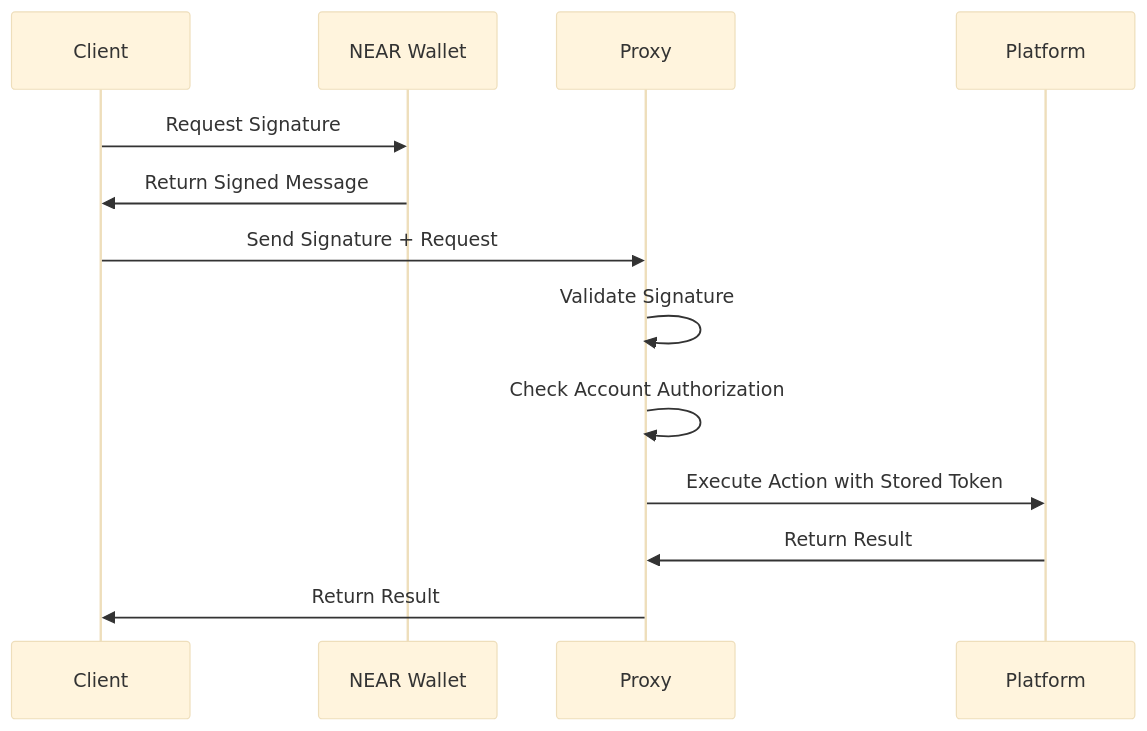
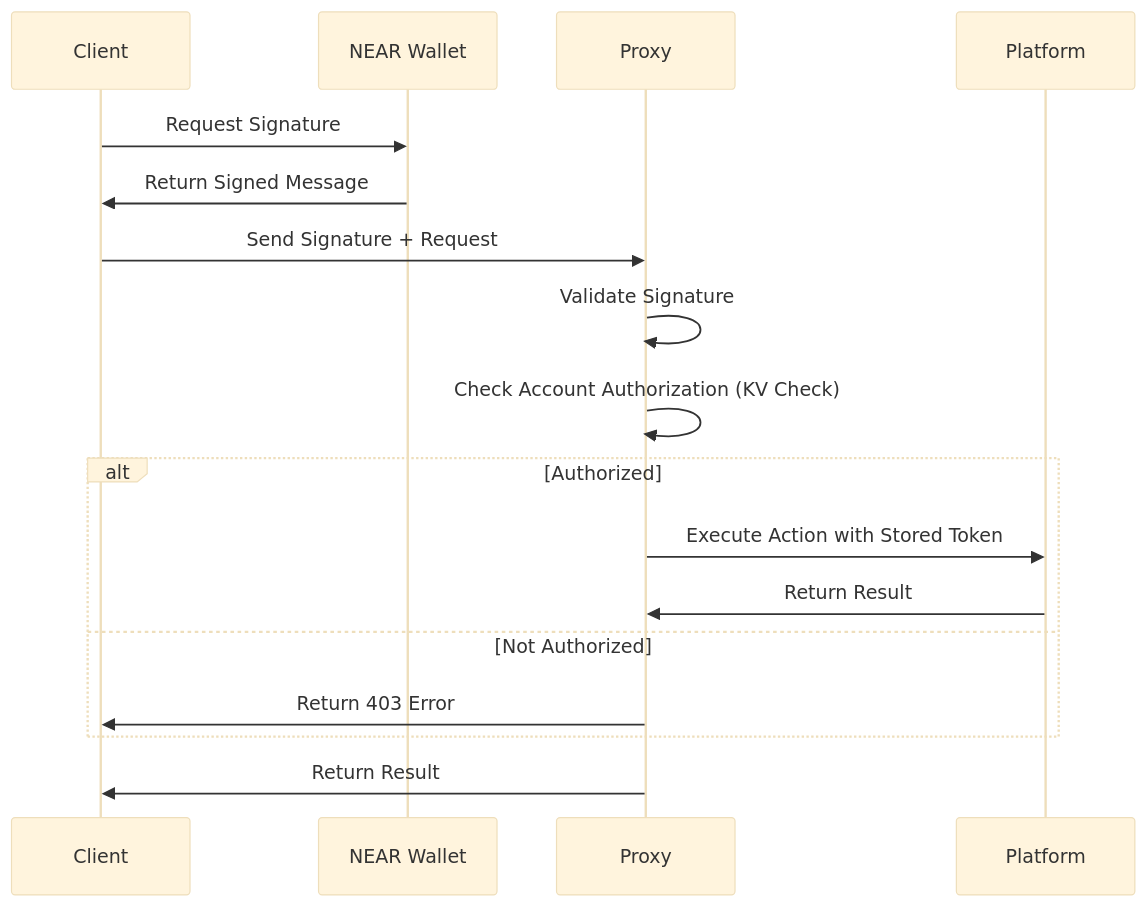
Before and after one commit to open-crosspost/open-crosspost-proxy-service: the fifth of 19 diagrams in memory-bank/systemPatterns.md, drawn with Mermaid (base theme). The commit also changed other lines of this file and 9 other files, not shown here.

````diff
--- a/memory-bank/systemPatterns.md
+++ b/memory-bank/systemPatterns.md
@@ -104,16 +111,20 @@
 ```mermaid
 sequenceDiagram
     participant Client
     participant NEAR Wallet
     participant Proxy
     participant Platform
     
     Client->>NEAR Wallet: Request Signature
     NEAR Wallet->>Client: Return Signed Message
     Client->>Proxy: Send Signature + Request
     Proxy->>Proxy: Validate Signature
-    Proxy->>Proxy: Check Account Authorization
-    Proxy->>Platform: Execute Action with Stored Token
-    Platform->>Proxy: Return Result
+    Proxy->>Proxy: Check Account Authorization (KV Check)
+    alt Authorized
+      Proxy->>Platform: Execute Action with Stored Token
+      Platform->>Proxy: Return Result
+    else Not Authorized
+      Proxy->>Client: Return 403 Error
+    end
     Proxy->>Client: Return Result
 ```
````
